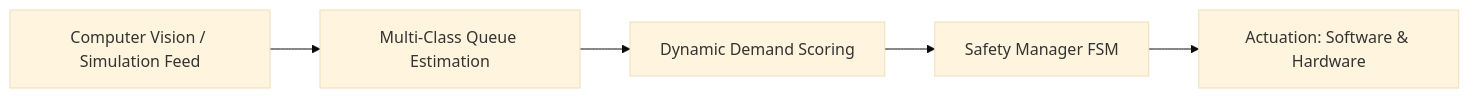
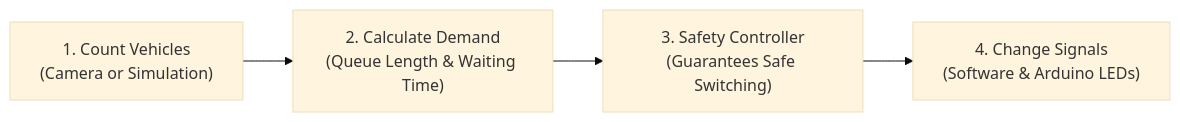
The first of 4 diagrams in docs/WORKING_PRINCIPLE.md (bendeze/ai-traffic-platform), drawn with Mermaid (base theme) before and after one commit. The commit also changed other lines of this file and 3 other files, not shown here.

Commit message:
fix(docs): fix broken FSM diagram, clarify simulation vehicle counting, and add 4-way traffic lights to simulation viewport

````diff
--- a/docs/WORKING_PRINCIPLE.md
+++ b/docs/WORKING_PRINCIPLE.md
@@ -17,7 +17,6 @@
 ```mermaid
 flowchart LR
-    A["Computer Vision / Simulation Feed"] --> B["Multi-Class Queue Estimation"]
-    B --> C["Dynamic Demand Scoring"]
-    C --> D["Safety Manager FSM"]
-    D --> E["Actuation: Software & Hardware"]
+    A["1. Count Vehicles\n(Camera or Simulation)"] --> B["2. Calculate Demand\n(Queue Length & Waiting Time)"]
+    B --> C["3. Safety Controller\n(Guarantees Safe Switching)"]
+    C --> D["4. Change Signals\n(Software & Arduino LEDs)"]
 ```
````
